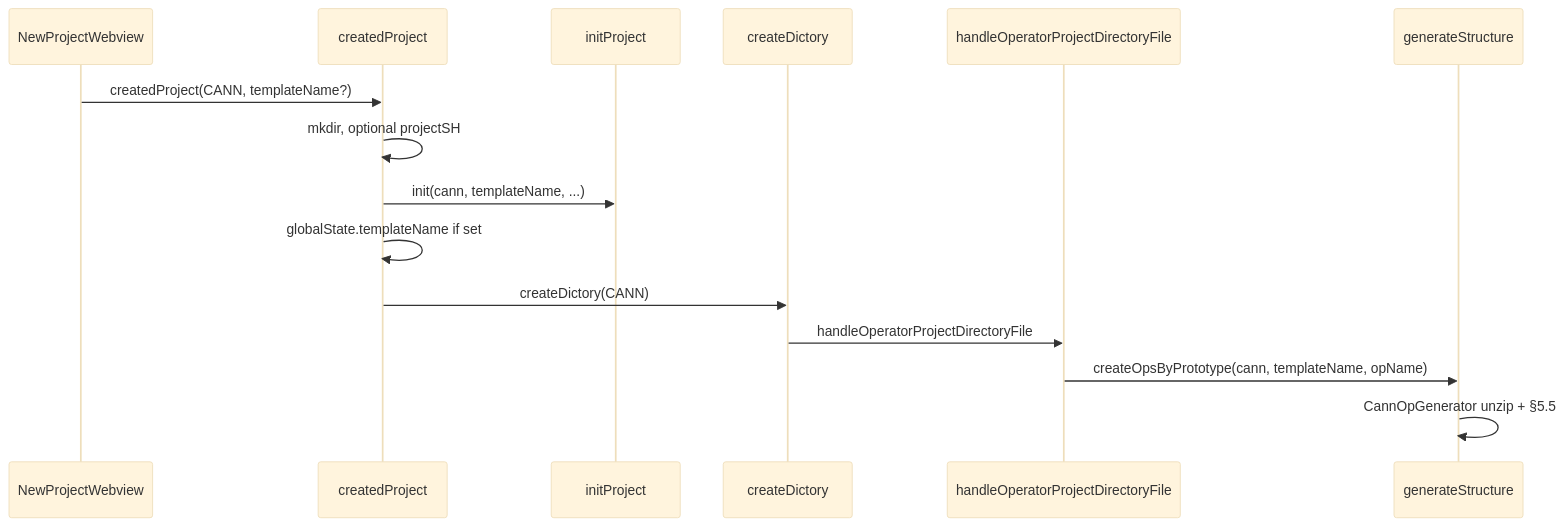
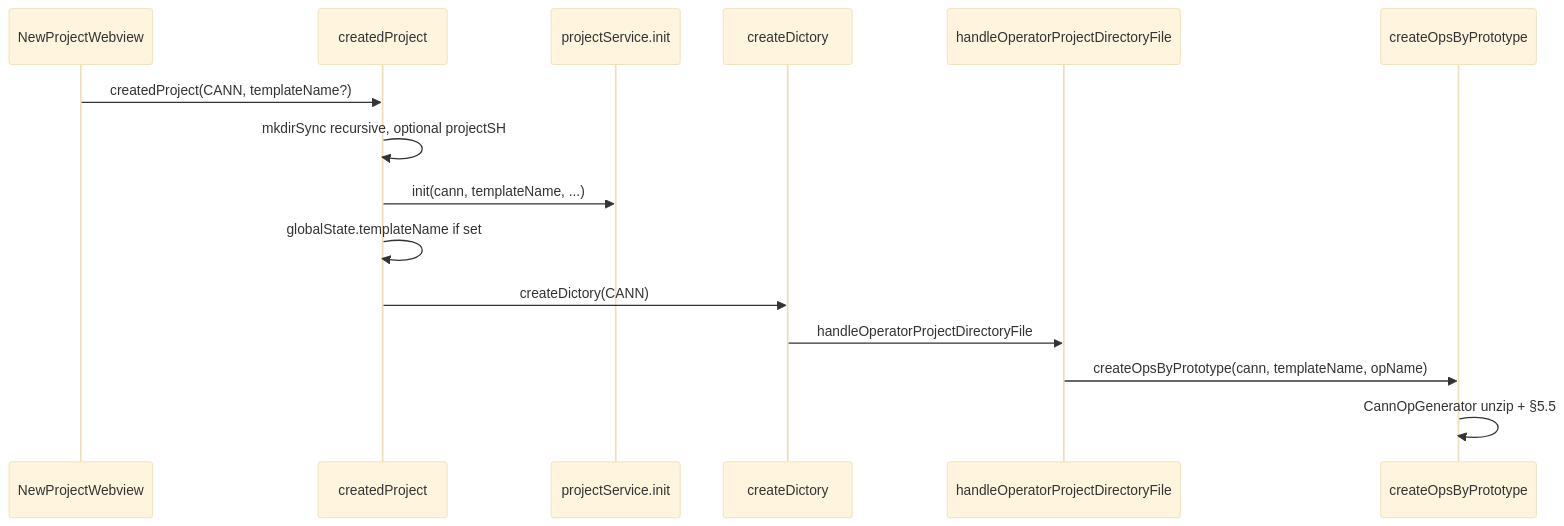
One commit to IdeFrontend/opdev_plugin changed the diagram in docs/new-project-generation-specification.md. Above: the diagram before and after it, drawn with Mermaid (base theme). The commit also changed other lines of this file and 287 other files, not shown here.

````diff
--- a/docs/new-project-generation-specification.md
+++ b/docs/new-project-generation-specification.md
@@ -225,18 +219,18 @@
 ```mermaid
 sequenceDiagram
   participant Web as NewProjectWebview
   participant WC as createdProject
-  participant PM as initProject
+  participant PM as projectService.init
   participant CMD as createDictory
   participant WH as handleOperatorProjectDirectoryFile
-  participant GS as generateStructure
+  participant GS as createOpsByPrototype
 
   Web->>WC: createdProject(CANN, templateName?)
-  WC->>WC: mkdir, optional projectSH
+  WC->>WC: mkdirSync recursive, optional projectSH
   WC->>PM: init(cann, templateName, ...)
   WC->>WC: globalState.templateName if set
   WC->>CMD: createDictory(CANN)
   CMD->>WH: handleOperatorProjectDirectoryFile
   WH->>GS: createOpsByPrototype(cann, templateName, opName)
   GS->>GS: CannOpGenerator unzip + §5.5
 ```
````
